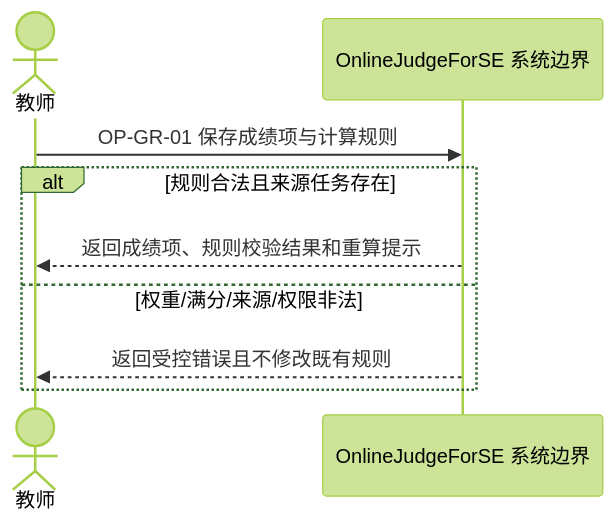
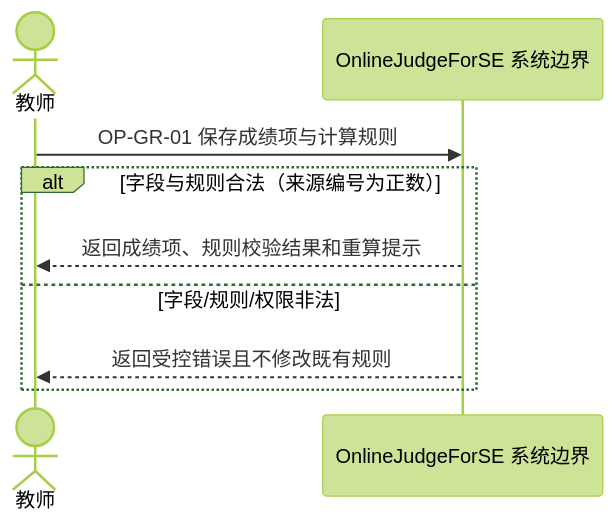
The diagram in docs/diagrams/srs/fig_4_20_grade_item_config_ssd.mmd (Cr4zyorange/OnlineJudge), drawn with Mermaid (forest theme) before and after one commit. The commit also changed 5 other files, not shown here.

```diff
--- a/docs/diagrams/srs/fig_4_20_grade_item_config_ssd.mmd
+++ b/docs/diagrams/srs/fig_4_20_grade_item_config_ssd.mmd
@@ -1,9 +1,9 @@
 sequenceDiagram
   actor Teacher as 教师
   participant System as OnlineJudgeForSE 系统边界
   Teacher->>System: OP-GR-01 保存成绩项与计算规则
-  alt 规则合法且来源任务存在
+  alt 字段与规则合法（来源编号为正数）
     System-->>Teacher: 返回成绩项、规则校验结果和重算提示
-  else 权重/满分/来源/权限非法
+  else 字段/规则/权限非法
     System-->>Teacher: 返回受控错误且不修改既有规则
   end
```
